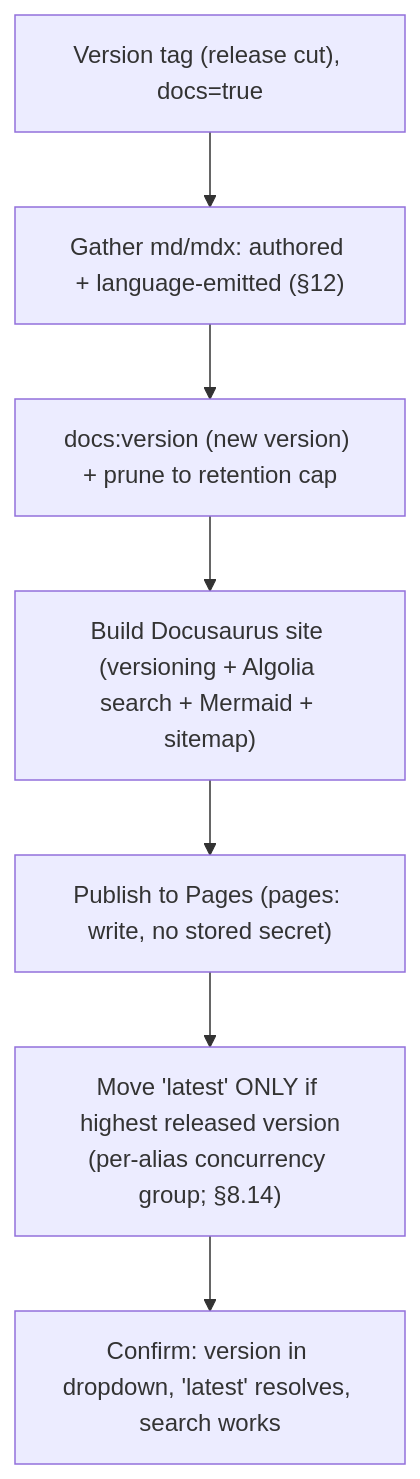
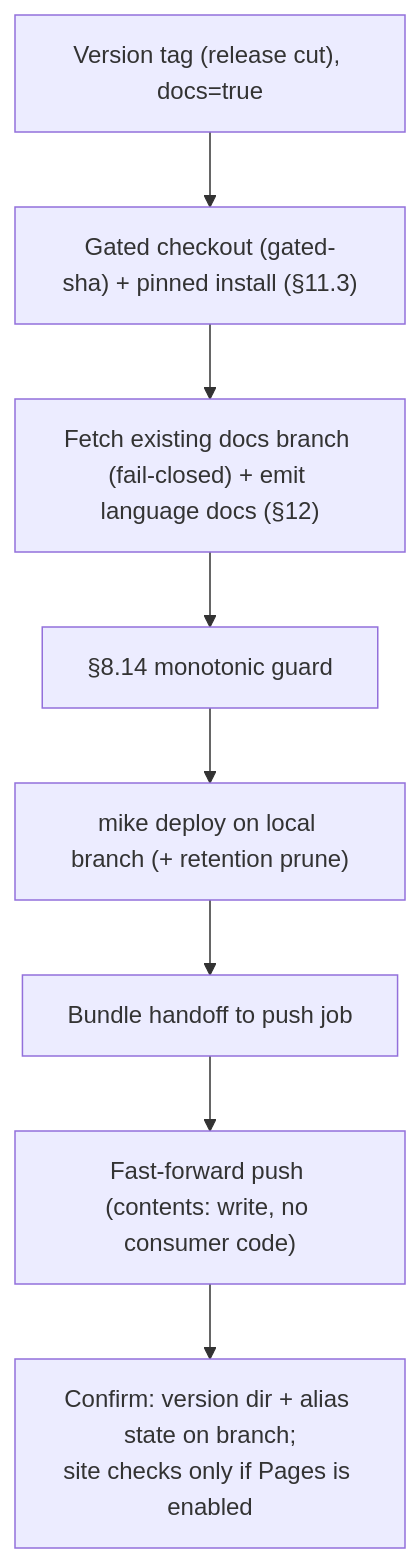
The diagram in docs/requirements/modules/deployment/docs-site/requirements.md (amattas/aviato), drawn with Mermaid before and after one commit. The commit also changed other lines of this file and 4 other files, not shown here.

First line of the commit message:
docs(requirements): §13.3 is Zensical/mike; decision records supersede Docusaurus + Algolia

````diff
--- a/docs/requirements/modules/deployment/docs-site/requirements.md
+++ b/docs/requirements/modules/deployment/docs-site/requirements.md
@@ -76,9 +67,10 @@
 ```mermaid
 flowchart TD
-    A["Version tag (release cut), docs=true"] --> B["Gather md/mdx: authored + language-emitted (§12)"]
-    B --> C["docs:version (new version) + prune to retention cap"]
-    C --> D["Build Docusaurus site (versioning + Algolia search + Mermaid + sitemap)"]
-    D --> E["Publish to Pages (pages: write, no stored secret)"]
-    E --> G["Move 'latest' ONLY if highest released version<br/>(per-alias concurrency group; §8.14)"]
-    G --> F["Confirm: version in dropdown, 'latest' resolves, search works"]
+    A["Version tag (release cut), docs=true"] --> B["Gated checkout (gated-sha) + pinned install (§11.3)"]
+    B --> C["Fetch existing docs branch (fail-closed) + emit language docs (§12)"]
+    C --> D["§8.14 monotonic guard"]
+    D --> E["mike deploy on local branch (+ retention prune)"]
+    E --> F["Bundle handoff to push job"]
+    F --> G["Fast-forward push (contents: write, no consumer code)"]
+    G --> H["Confirm: version dir + alias state on branch;<br/>site checks only if Pages is enabled"]
 ```
````
